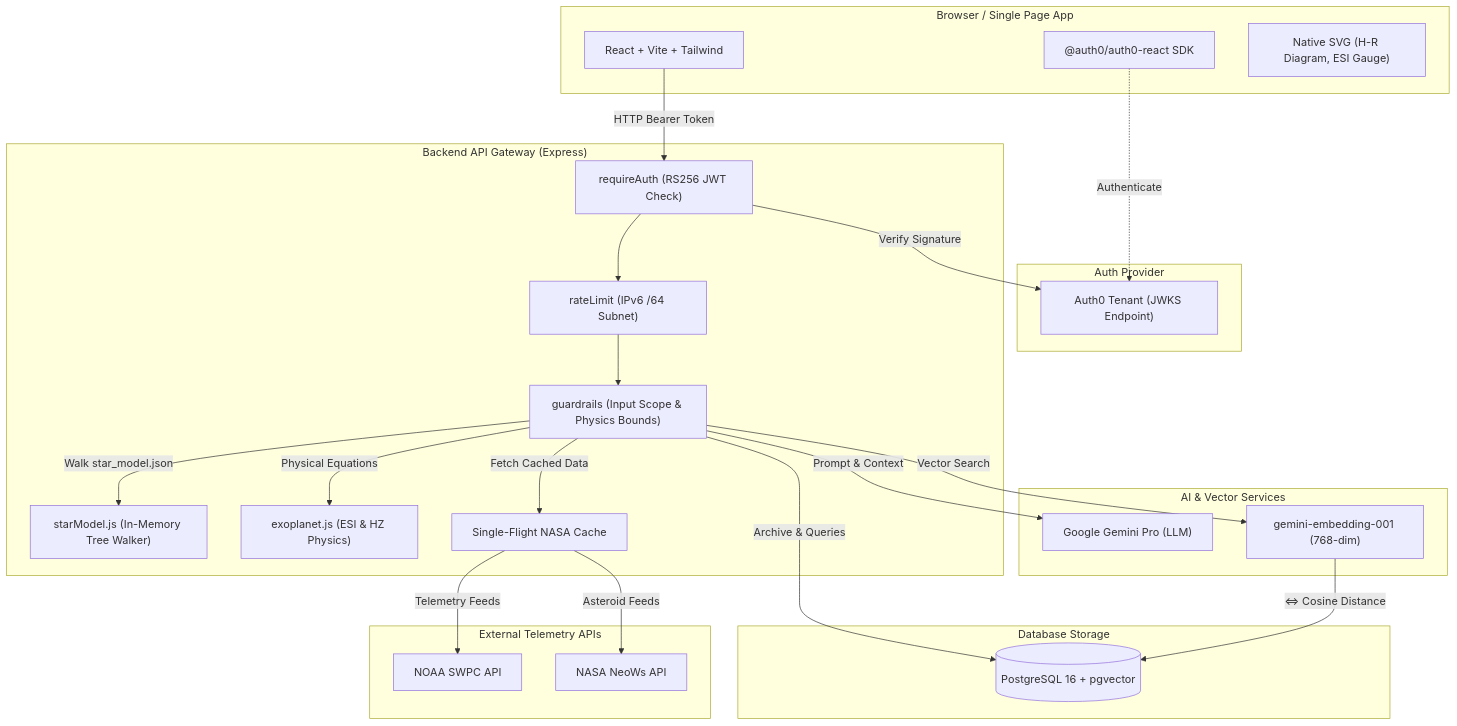
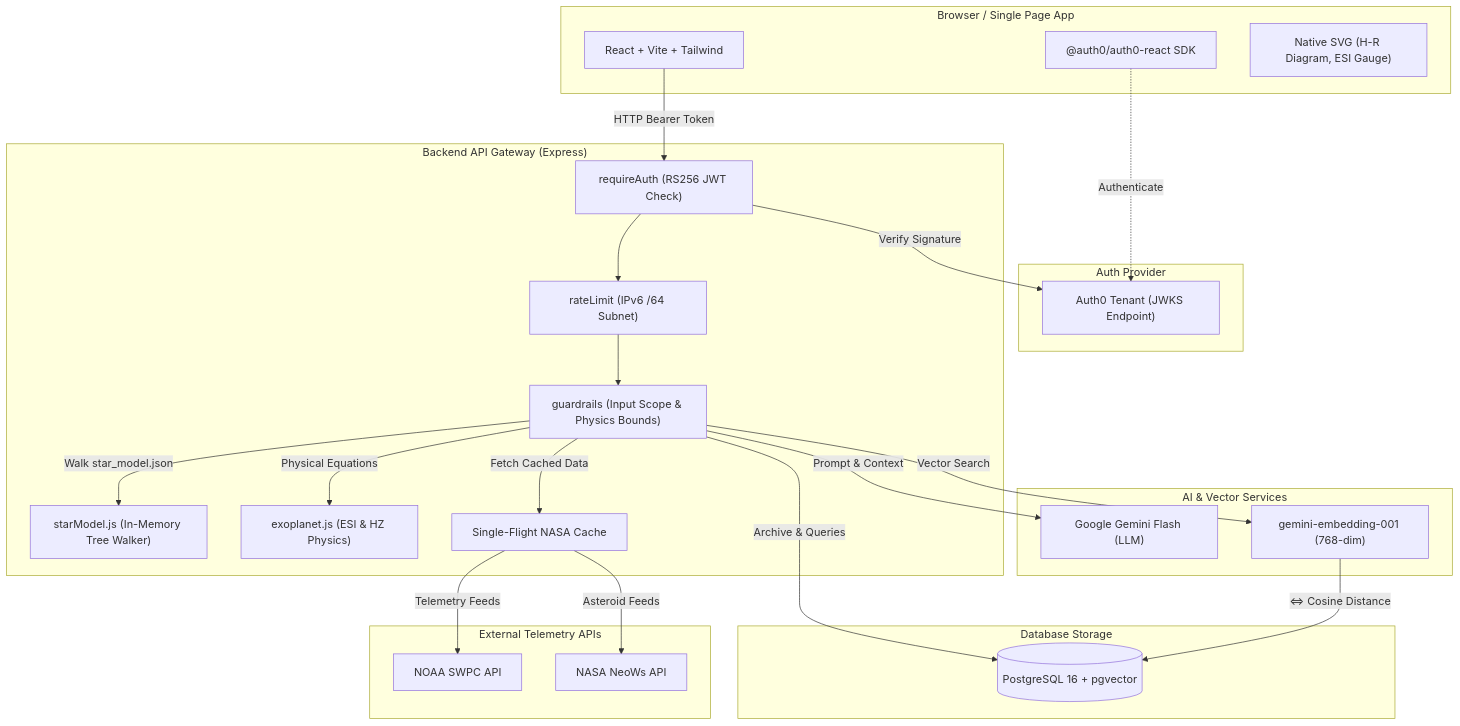
One commit to DevInIndia/AMURoboclub-NSD-Hackathon changed the first of 3 diagrams in README.md. Above: the diagram before and after it, drawn with Mermaid. The commit also changed other lines of this file, not shown here.

````diff
--- a/README.md
+++ b/README.md
@@ -47,52 +47,52 @@
 ```mermaid
 flowchart TB
     subgraph Client ["Browser / Single Page App"]
         FE["React + Vite + Tailwind"]
         Auth0Client["@auth0/auth0-react SDK"]
         SVGComp["Native SVG (H-R Diagram, ESI Gauge)"]
     end
 
     subgraph Auth ["Auth Provider"]
         Auth0Tenant["Auth0 Tenant (JWKS Endpoint)"]
     end
 
     subgraph API ["Backend API Gateway (Express)"]
         JWTMiddleware["requireAuth (RS256 JWT Check)"]
         RateLimiter["rateLimit (IPv6 /64 Subnet)"]
         Guardrails["guardrails (Input Scope & Physics Bounds)"]
         RFEngine["starModel.js (In-Memory Tree Walker)"]
         ThermoEngine["exoplanet.js (ESI & HZ Physics)"]
         CacheManager["Single-Flight NASA Cache"]
     end
 
     subgraph LLM ["AI & Vector Services"]
-        GeminiPro["Google Gemini Pro (LLM)"]
+        GeminiFlash["Google Gemini Flash (LLM)"]
         GeminiEmbed["gemini-embedding-001 (768-dim)"]
     end
 
     subgraph DB ["Database Storage"]
         Postgres[("PostgreSQL 16 + pgvector")]
     end
 
     subgraph Upstream ["External Telemetry APIs"]
         NOAA["NOAA SWPC API"]
         NASA["NASA NeoWs API"]
     end
 
     FE -->|HTTP Bearer Token| JWTMiddleware
     Auth0Client -.->|Authenticate| Auth0Tenant
     JWTMiddleware -->|Verify Signature| Auth0Tenant
     JWTMiddleware --> RateLimiter
     RateLimiter --> Guardrails
 
     Guardrails -->|Walk star_model.json| RFEngine
     Guardrails -->|Physical Equations| ThermoEngine
     Guardrails -->|Vector Search| GeminiEmbed
-    Guardrails -->|Prompt & Context| GeminiPro
+    Guardrails -->|Prompt & Context| GeminiFlash
     Guardrails -->|Fetch Cached Data| CacheManager
 
     GeminiEmbed -->|<=> Cosine Distance| Postgres
     Guardrails -->|Archive & Queries| Postgres
     CacheManager -->|Telemetry Feeds| NOAA
     CacheManager -->|Asteroid Feeds| NASA
 ```
````
